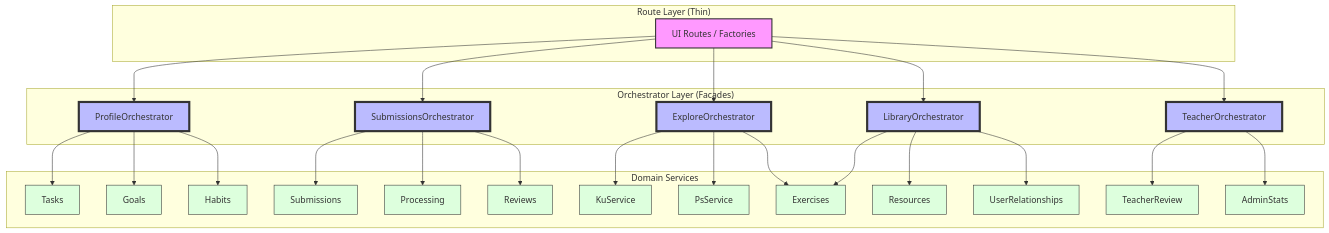
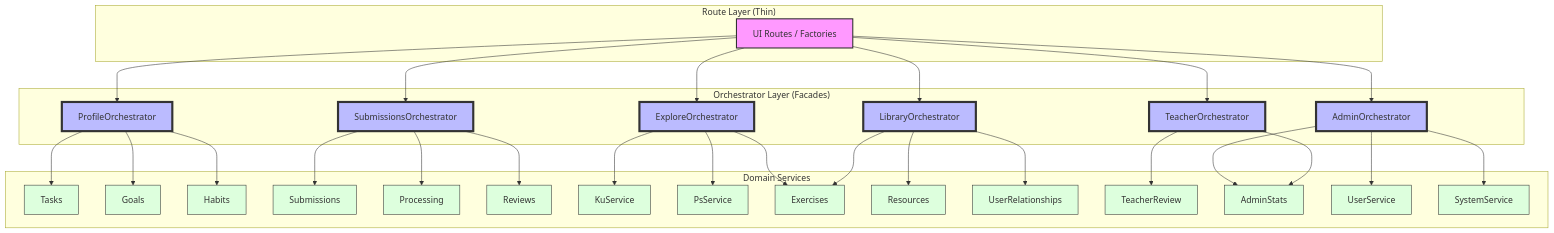
Before and after one commit to linguistic76/skuel: the diagram in app/docs/patterns/UI_ORCHESTRATOR_PATTERN.md, drawn with Mermaid. The commit also changed other lines of this file and 4 other files, not shown here.

First line of the commit message:
docs(ui): update docs + skills for AdminOrchestrator (Phase 4)

````diff
--- a/app/docs/patterns/UI_ORCHESTRATOR_PATTERN.md
+++ b/app/docs/patterns/UI_ORCHESTRATOR_PATTERN.md
@@ -52,42 +53,46 @@
 ```mermaid
 graph TD
     subgraph "Route Layer (Thin)"
         UI_Routes["UI Routes / Factories"]
     end
 
     subgraph "Orchestrator Layer (Facades)"
+        AO[AdminOrchestrator]
         PO[ProfileOrchestrator]
         SO[SubmissionsOrchestrator]
         EO[ExploreOrchestrator]
         LO[LibraryOrchestrator]
         TO[TeacherOrchestrator]
     end
 
     subgraph "Domain Services"
         TS[Tasks] ; GS[Goals] ; HS[Habits]
         Sub[Submissions] ; Proc[Processing] ; Rev[Reviews]
         KU[KuService] ; PS[PsService] ; Ex[Exercises]
         Res[Resources] ; UR[UserRelationships]
         TR[TeacherReview] ; AS[AdminStats]
+        US[UserService] ; SS[SystemService]
     end
 
+    UI_Routes --> AO
     UI_Routes --> PO
     UI_Routes --> SO
     UI_Routes --> EO
     UI_Routes --> LO
     UI_Routes --> TO
 
+    AO --> US ; AO --> AS ; AO --> SS
     PO --> TS ; PO --> GS ; PO --> HS
     SO --> Sub ; SO --> Proc ; SO --> Rev
     EO --> KU ; EO --> PS ; EO --> Ex
     LO --> Res ; LO --> UR ; LO --> Ex
     TO --> TR ; TO --> AS
 
     classDef route fill:#f9f,stroke:#333,stroke-width:2px;
     classDef facade fill:#bbf,stroke:#333,stroke-width:4px;
     classDef dev fill:#dfd,stroke:#333;
 
     class UI_Routes route;
-    class PO,SO,EO,LO,TO facade;
-    class TS,GS,HS,Sub,Proc,Rev,KU,PS,Ex,Res,UR,TR,AS dev;
+    class AO,PO,SO,EO,LO,TO facade;
+    class TS,GS,HS,Sub,Proc,Rev,KU,PS,Ex,Res,UR,TR,AS,US,SS dev;
 ```
````
